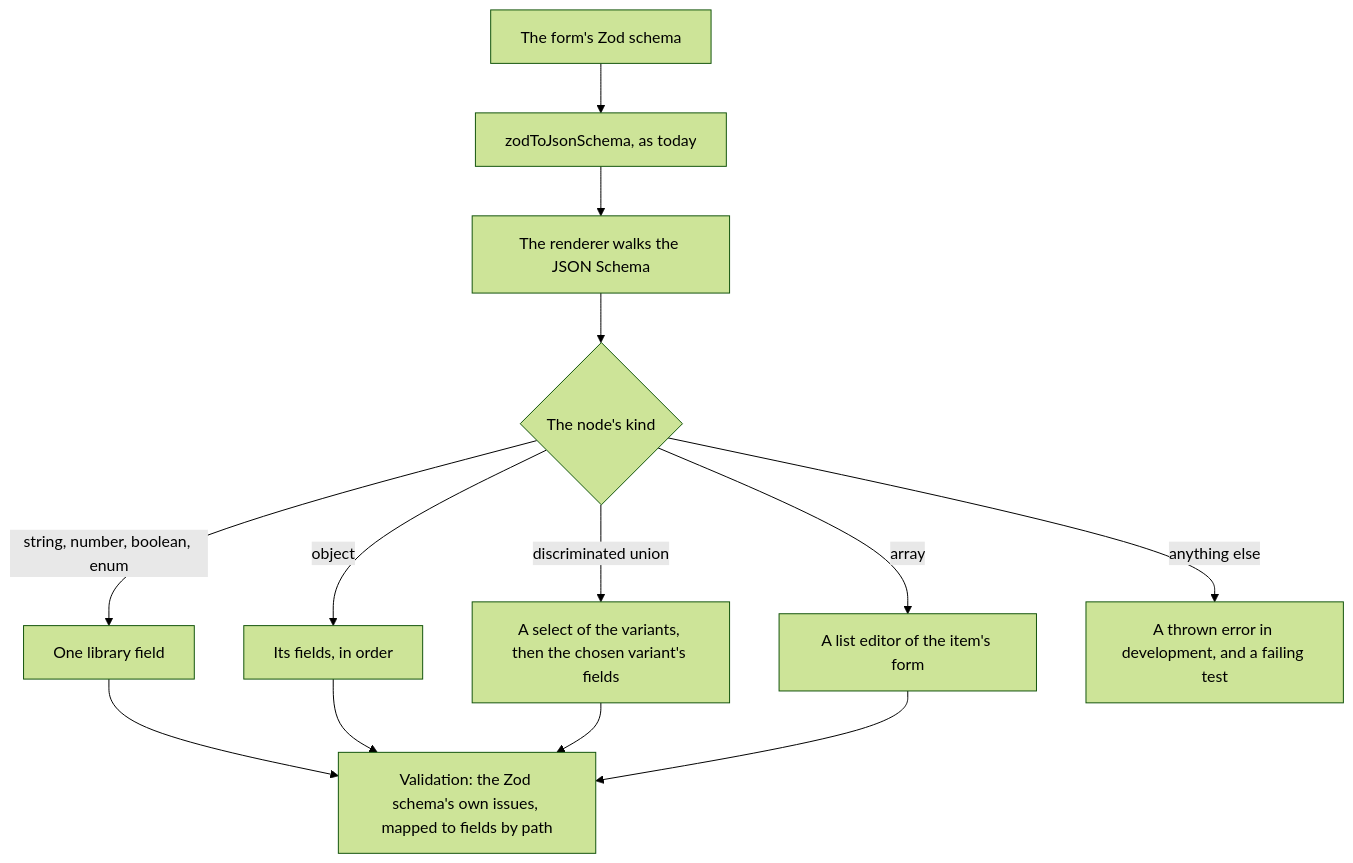
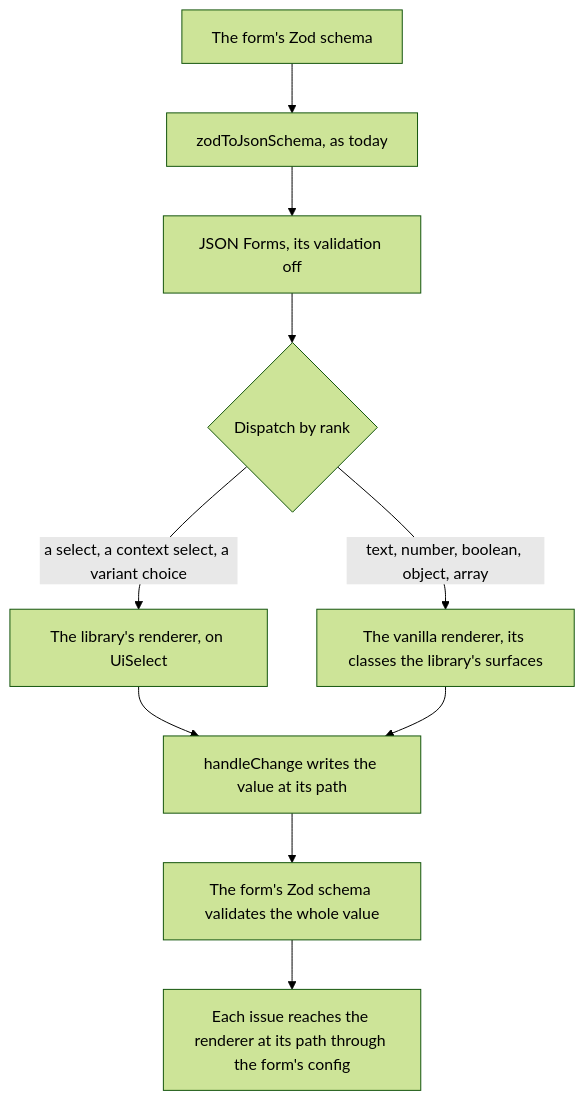
The diagram in apps/web/content/docs/proposals/refactors/ui-library/schema-forms.md (Esposter/Esposter), drawn with Mermaid (forest theme) before and after one commit. The commit also changed other lines of this file and 2 other files, not shown here.

First line of the commit message:
docs(proposals): schema forms adopt JSON Forms, and the retirement maps what is left

````diff
--- a/apps/web/content/docs/proposals/refactors/ui-library/schema-forms.md
+++ b/apps/web/content/docs/proposals/refactors/ui-library/schema-forms.md
@@ -17,15 +29,12 @@
 ```mermaid
 flowchart TD
   Z[The form's Zod schema] --> J[zodToJsonSchema, as today]
-  J --> W[The renderer walks the JSON Schema]
-  W --> K{The node's kind}
-  K -->|string, number, boolean, enum| F[One library field]
-  K -->|object| O[Its fields, in order]
-  K -->|discriminated union| U[A select of the variants, then the chosen variant's fields]
-  K -->|array| A[A list editor of the item's form]
-  K -->|anything else| X[A thrown error in development, and a failing test]
-  F --> V[Validation: the Zod schema's own issues, mapped to fields by path]
-  O --> V
-  U --> V
-  A --> V
+  J --> F[JSON Forms, its validation off]
+  F --> D{Dispatch by rank}
+  D -->|a select, a context select, a variant choice| L[The library's renderer, on UiSelect]
+  D -->|text, number, boolean, object, array| V[The vanilla renderer, its classes the library's surfaces]
+  L --> C[handleChange writes the value at its path]
+  V --> C
+  C --> Q[The form's Zod schema validates the whole value]
+  Q --> I[Each issue reaches the renderer at its path through the form's config]
 ```
````
